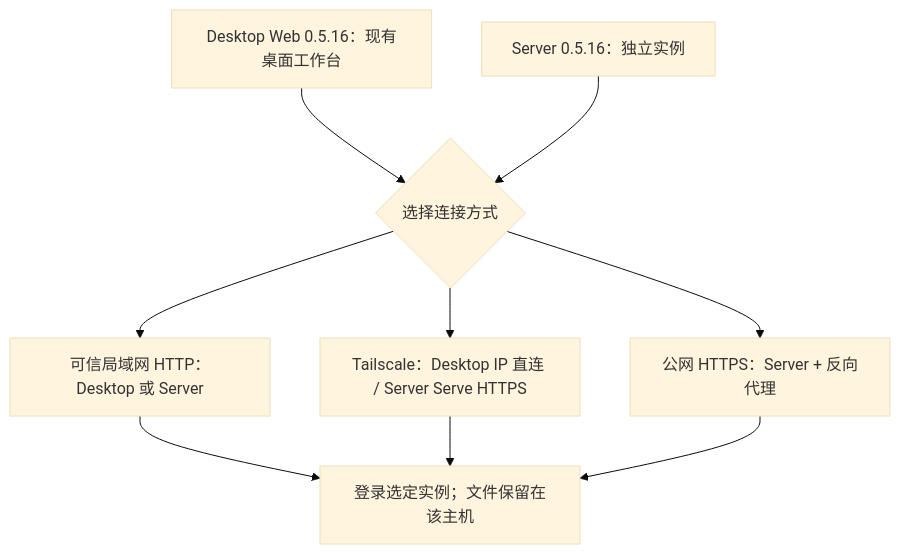
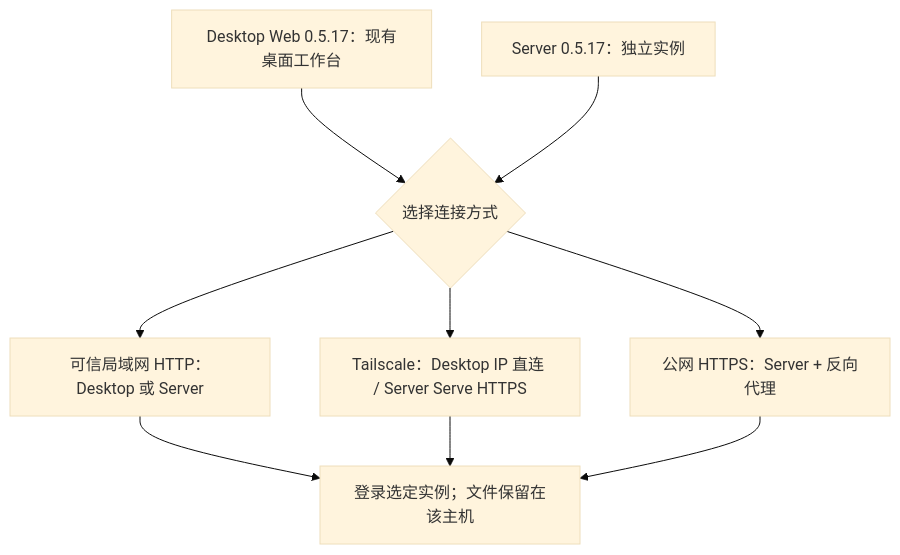
One commit to murray17/rovai-ai changed the diagram in website/site/public/assets/diagrams/deployment-choice-zh.mmd. Above: the diagram before and after it, drawn with Mermaid (base theme). The commit also changed 10 other files, not shown here.

```diff
--- a/website/site/public/assets/diagrams/deployment-choice-zh.mmd
+++ b/website/site/public/assets/diagrams/deployment-choice-zh.mmd
@@ -1,12 +1,12 @@
 flowchart TB
-  desktop["Desktop Web 0.5.16：现有桌面工作台"]
-  server["Server 0.5.16：独立实例"]
+  desktop["Desktop Web 0.5.17：现有桌面工作台"]
+  server["Server 0.5.17：独立实例"]
   choice{"选择连接方式"}
   desktop --> choice
   server --> choice
   choice --> lan["可信局域网 HTTP：Desktop 或 Server"]
   choice --> ts["Tailscale：Desktop IP 直连 / Server Serve HTTPS"]
   choice --> public["公网 HTTPS：Server + 反向代理"]
   lan --> login["登录选定实例；文件保留在该主机"]
   ts --> login
   public --> login
```
